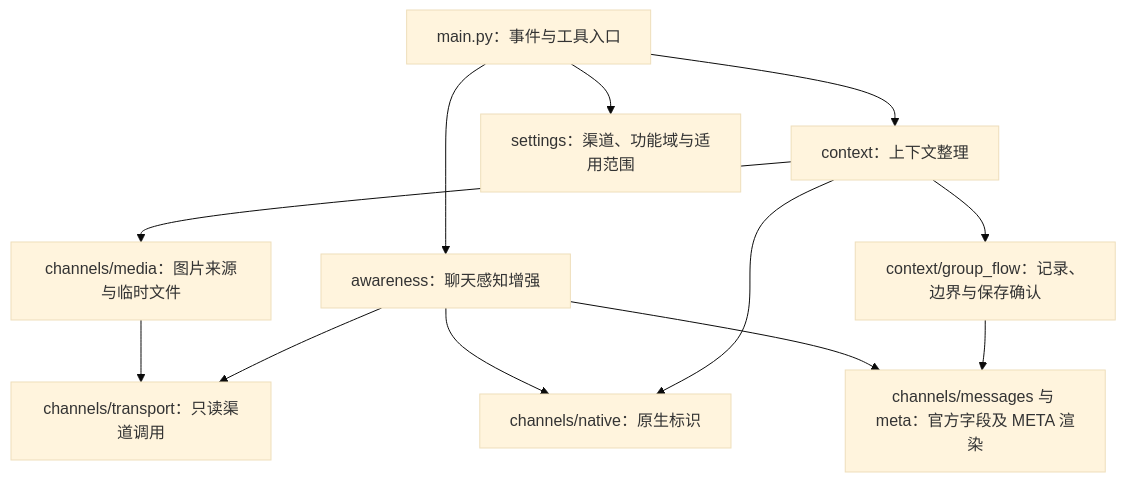
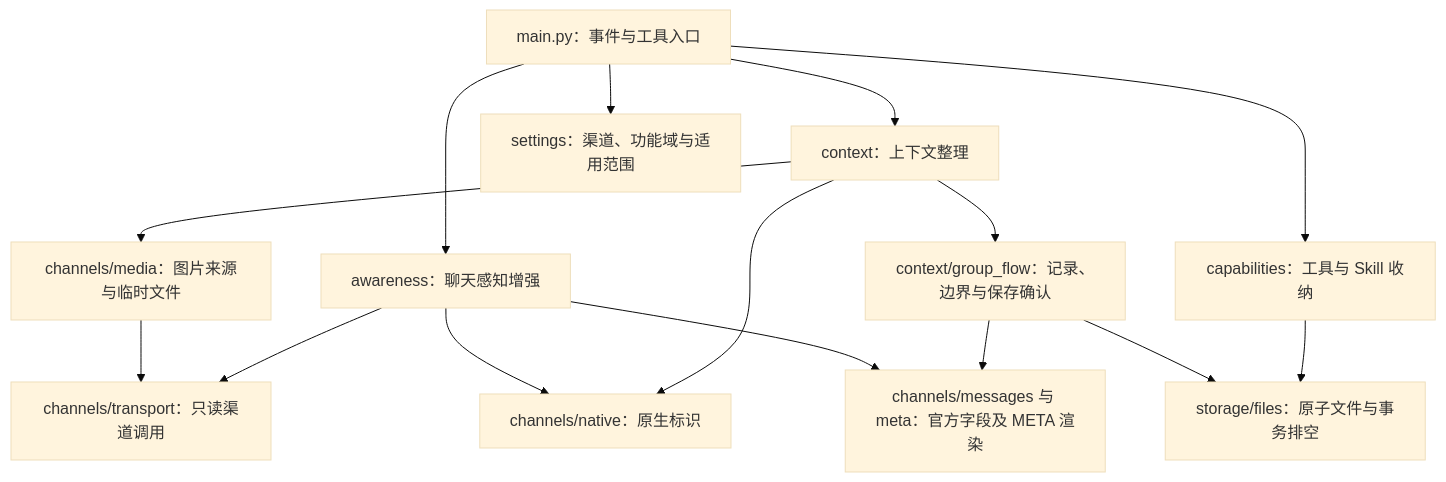
One commit to WsureDev/astrbot_plugin_context_enishi changed the diagram in docs/architecture.md. Above: the diagram before and after it, drawn with Mermaid (base theme). The commit also changed other lines of this file and 48 other files, not shown here.

````diff
--- a/docs/architecture.md
+++ b/docs/architecture.md
@@ -5,14 +5,17 @@
 ```mermaid
 flowchart TB
     Entry[main.py：事件与工具入口] --> Organizer[context：上下文整理]
     Entry --> Awareness[awareness：聊天感知增强]
+    Entry --> Capabilities[capabilities：工具与 Skill 收纳]
+    Capabilities --> Storage[storage/files：原子文件与事务排空]
     Organizer --> Media[channels/media：图片来源与临时文件]
     Awareness --> Transport[channels/transport：只读渠道调用]
     Media --> Transport
     Organizer --> Native[channels/native：原生标识]
     Awareness --> Native
     Organizer --> Flow[context/group_flow：记录、边界与保存确认]
     Flow --> Meta[channels/messages 与 meta：官方字段及 META 渲染]
+    Flow --> Storage
     Awareness --> Meta
     Entry --> Settings[settings：渠道、功能域与适用范围]
 ```
````
